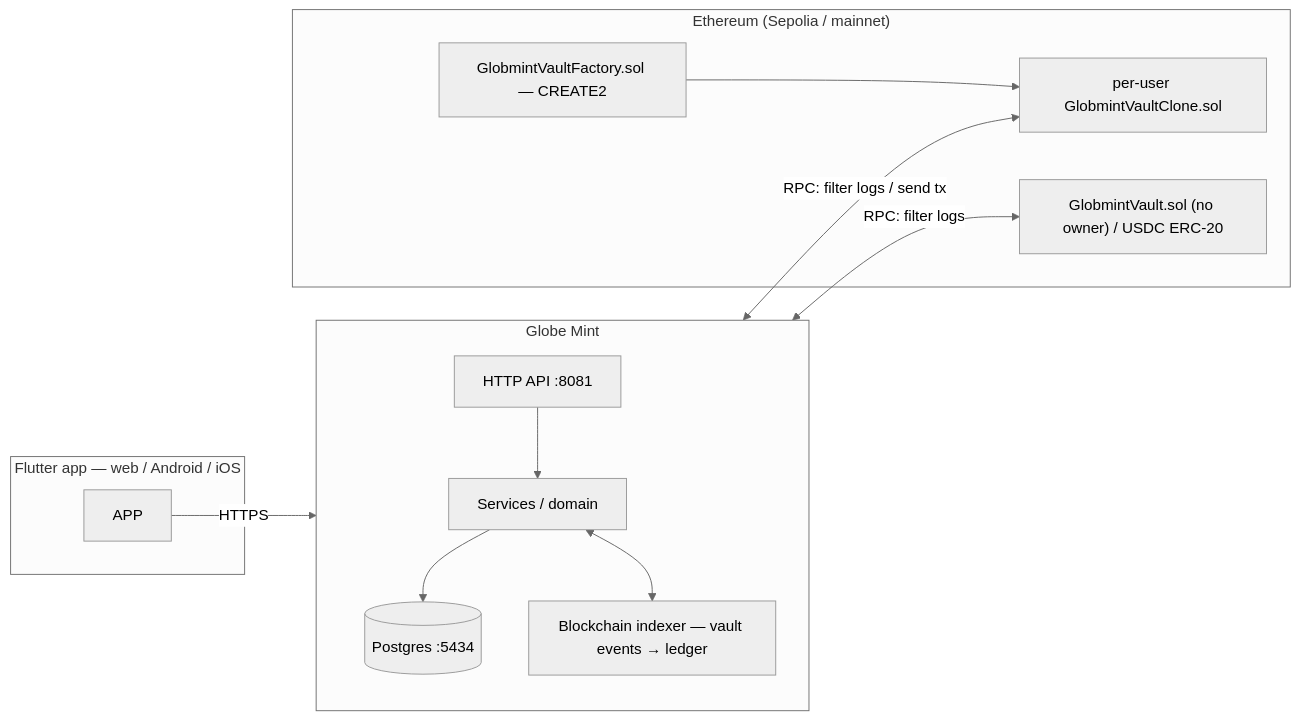
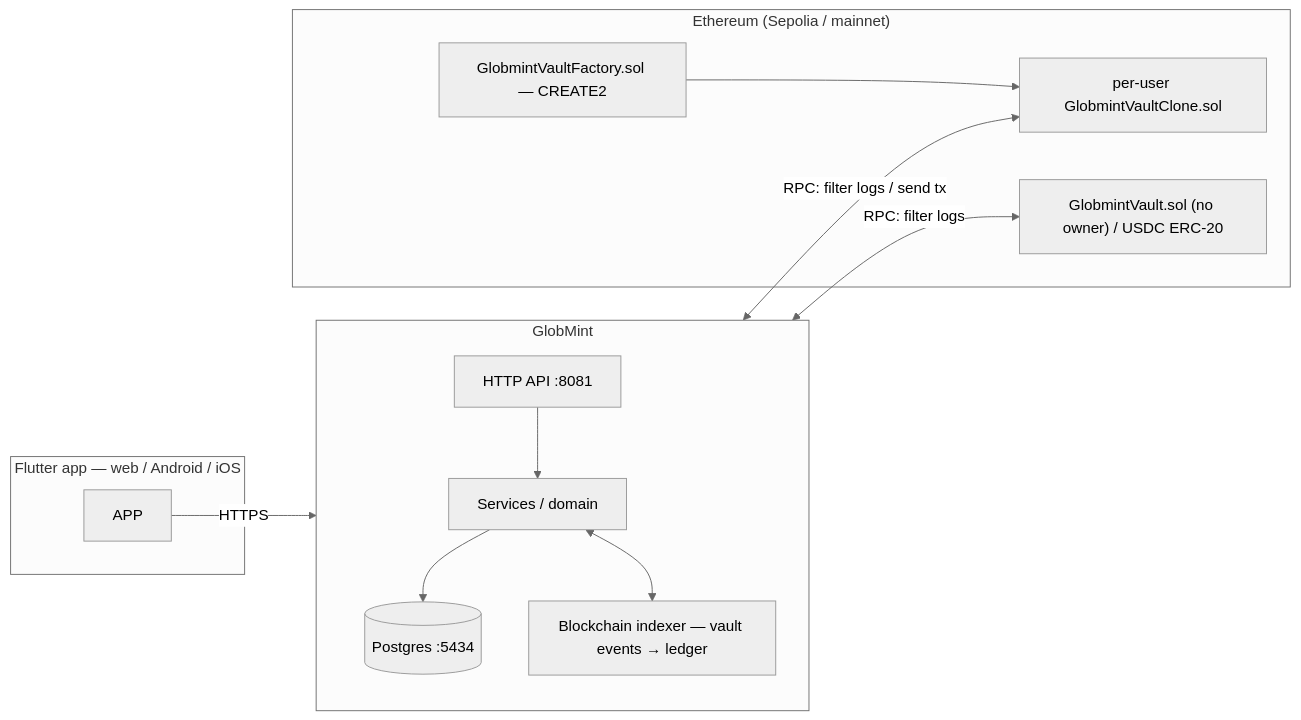
One commit to divineshedrack33220/globmint changed the second of 10 diagrams in README.md. Above: the diagram before and after it, drawn with Mermaid (neutral theme). The commit also changed other lines of this file and 42 other files, not shown here.

Commit message:
feat: GlobMint rename + Flutter fixes

````diff
--- a/README.md
+++ b/README.md
@@ -86,19 +86,19 @@
 ```mermaid
 flowchart LR
     subgraph Client["Flutter app — web / Android / iOS"]
         APP
     end
-    subgraph GM["Globe Mint"]
+    subgraph GM["GlobMint"]
         direction TB
         API["HTTP API :8081"] --> SVC[Services / domain]
         SVC --> PG[(Postgres :5434)]
         SVC <--> IDX["Blockchain indexer — vault events → ledger"]
     end
     subgraph CHAIN["Ethereum (Sepolia / mainnet)"]
         FACTORY["GlobmintVaultFactory.sol — CREATE2"] --> CLONE["per-user GlobmintVaultClone.sol"]
         VAULT["GlobmintVault.sol (no owner) / USDC ERC-20"]
     end
     APP -- HTTPS --> API
     IDX <--> |"RPC: filter logs / send tx"| CLONE
     IDX <--> |"RPC: filter logs"| VAULT
 ```
````
